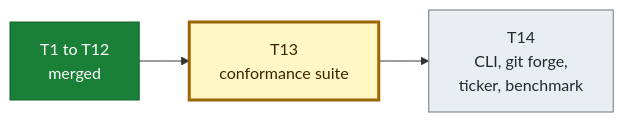
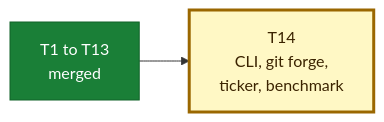
Before and after one commit to crenshawdev/baley: the second of 2 diagrams in docs/roadmap.md, drawn with Mermaid. The commit also changed other lines of this file, not shown here.

Commit message:
docs(roadmap): mark T13 merged and T14 next

````diff
--- a/docs/roadmap.md
+++ b/docs/roadmap.md
@@ -60,16 +60,14 @@
 ```mermaid
 flowchart LR
-    T1["T1 to T12<br/>merged"]
-    T13["T13<br/>conformance suite"]
+    T1["T1 to T13<br/>merged"]
     T14["T14<br/>CLI, git forge,<br/>ticker, benchmark"]
 
-    T1 --> T13 --> T14
+    T1 --> T14
 
     classDef done fill:#1a7f37,stroke:#116329,color:#ffffff
     classDef next fill:#fff8c5,stroke:#9a6700,stroke-width:3px,color:#3b2300
     classDef planned fill:#eaeef2,stroke:#6e7781,color:#24292f
 
     class T1 done
-    class T13 next
-    class T14 planned
+    class T14 next
 ```
````
